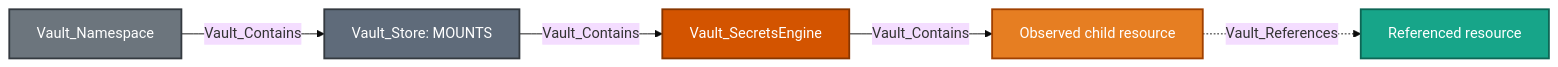
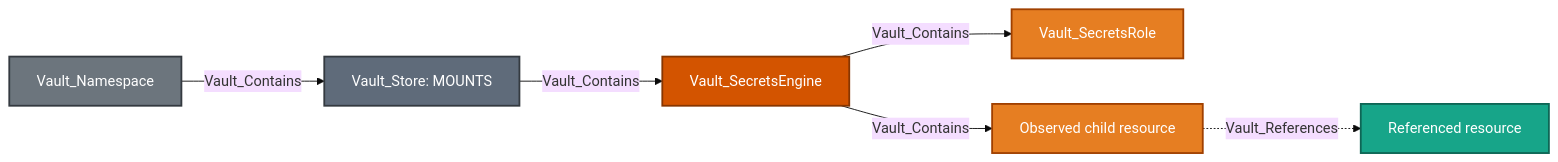
Before and after one commit to bytewreck/opengraph-vault: the first of 29 diagrams in Documentation/stores/MOUNTS.md, drawn with Mermaid (base theme). The commit also changed other lines of this file and 2 other files, not shown here.

````diff
--- a/Documentation/stores/MOUNTS.md
+++ b/Documentation/stores/MOUNTS.md
@@ -74,13 +74,14 @@
 ```mermaid
 flowchart LR
     namespace[Vault_Namespace]:::namespaceNode -->|Vault_Contains| store[Vault_Store: MOUNTS]:::storeNode
     store -->|Vault_Contains| mount[Vault_SecretsEngine]:::mountNode
-    mount -->|Vault_Contains| object[Observed child resource]:::secretObjectNode
-    object -.->|Vault_References| dependency[Referenced resource]:::referenceNode
+    mount -->|Vault_Contains| O1[Vault_SecretsRole]:::secretObjectNode
+    mount -->|Vault_Contains| O2[Observed child resource]:::secretObjectNode
+    O2 -.->|Vault_References| dependency[Referenced resource]:::referenceNode
 
     classDef namespaceNode fill:#6C757D,color:#fff,stroke:#343A40,stroke-width:2px
     classDef storeNode fill:#5F6B7A,color:#fff,stroke:#343A40,stroke-width:2px
     classDef mountNode fill:#D35400,color:#fff,stroke:#873600,stroke-width:2px
     classDef secretObjectNode fill:#E67E22,color:#fff,stroke:#A04000,stroke-width:2px
     classDef referenceNode fill:#17A589,color:#fff,stroke:#0E6655,stroke-width:2px
 ```
````
